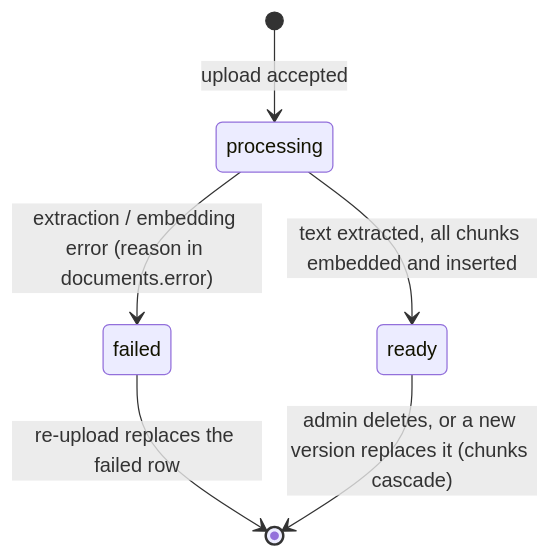
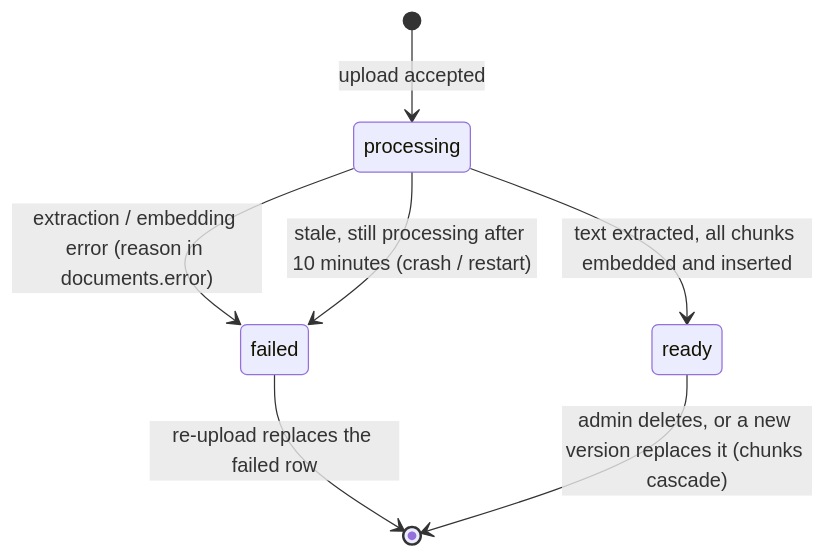
One commit to mohamedhamedd/ai-customer-assistant changed the second of 3 diagrams in docs/database-design.md. Above: the diagram before and after it, drawn with Mermaid. The commit also changed other lines of this file, not shown here.

````diff
--- a/docs/database-design.md
+++ b/docs/database-design.md
@@ -340,8 +372,9 @@
 ```mermaid
 stateDiagram-v2
     [*] --> processing: upload accepted
     processing --> ready: text extracted, all chunks embedded and inserted
     processing --> failed: extraction / embedding error (reason in documents.error)
+    processing --> failed: stale, still processing after 10 minutes (crash / restart)
     failed --> [*]: re-upload replaces the failed row
     ready --> [*]: admin deletes, or a new version replaces it (chunks cascade)
 ```
````
